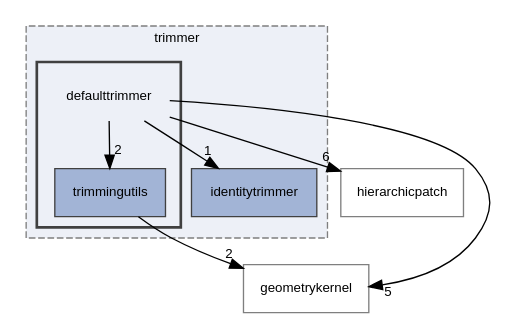
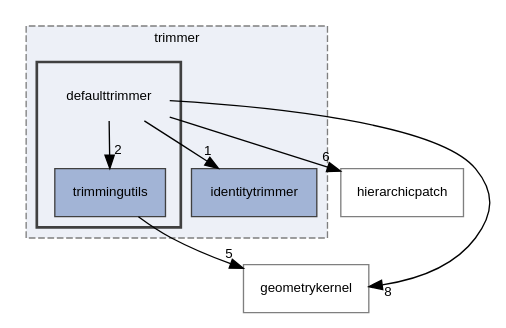
The diagram in dir_265321845ed2650d675b22a94b62262d_dep.dot (rath3t/dune-iga-doc), drawn with Graphviz before and after one commit. The commit also changed 1739 other files, not shown here.

```diff
--- a/dir_265321845ed2650d675b22a94b62262d_dep.dot
+++ b/dir_265321845ed2650d675b22a94b62262d_dep.dot
@@ -1,23 +1,23 @@
 digraph "defaulttrimmer"
 {
  // LATEX_PDF_SIZE
   edge [fontname="Helvetica",fontsize="10",labelfontname="Helvetica",labelfontsize="10"];
   node [fontname="Helvetica",fontsize="10",shape=record];
   compound=true
   subgraph clusterdir_7d0c370ab440c4b4f78419bfc8c93eb8 {
     graph [ bgcolor="#edf0f7", pencolor="grey50", style="filled,dashed,", label="trimmer", fontname="Helvetica", fontsize="10", URL="dir_7d0c370ab440c4b4f78419bfc8c93eb8.html"]
   dir_aa3557bd66a6784b3b9e663253e8d0ba [shape=box, label="identitytrimmer", style="filled,", fillcolor="#a2b4d6", color="grey25", URL="dir_aa3557bd66a6784b3b9e663253e8d0ba.html"];
   subgraph clusterdir_265321845ed2650d675b22a94b62262d {
     graph [ bgcolor="#edf0f7", pencolor="grey25", style="filled,bold,", label="", fontname="Helvetica", fontsize="10", URL="dir_265321845ed2650d675b22a94b62262d.html"]
     dir_265321845ed2650d675b22a94b62262d [shape=plaintext, label="defaulttrimmer"];
   dir_75403dd546d989c4e56d84af3932dae7 [shape=box, label="trimmingutils", style="filled,", fillcolor="#a2b4d6", color="grey25", URL="dir_75403dd546d989c4e56d84af3932dae7.html"];
   }
   }
   dir_12fc9e68aad46ae2d80ba50ef1c96d76 [shape=box, label="hierarchicpatch", style="", fillcolor="#edf0f7", color="grey50", URL="dir_12fc9e68aad46ae2d80ba50ef1c96d76.html"];
   dir_98571e7345f7327fea7723ec1a12d870 [shape=box, label="geometrykernel", style="", fillcolor="#edf0f7", color="grey50", URL="dir_98571e7345f7327fea7723ec1a12d870.html"];
   dir_265321845ed2650d675b22a94b62262d->dir_12fc9e68aad46ae2d80ba50ef1c96d76 [headlabel="6", labeldistance=1.5 headhref="dir_000001_000007.html"];
   dir_265321845ed2650d675b22a94b62262d->dir_75403dd546d989c4e56d84af3932dae7 [headlabel="2", labeldistance=1.5 headhref="dir_000001_000021.html"];
-  dir_265321845ed2650d675b22a94b62262d->dir_98571e7345f7327fea7723ec1a12d870 [headlabel="5", labeldistance=1.5 headhref="dir_000001_000006.html"];
+  dir_265321845ed2650d675b22a94b62262d->dir_98571e7345f7327fea7723ec1a12d870 [headlabel="8", labeldistance=1.5 headhref="dir_000001_000006.html"];
   dir_265321845ed2650d675b22a94b62262d->dir_aa3557bd66a6784b3b9e663253e8d0ba [headlabel="1", labeldistance=1.5 headhref="dir_000001_000009.html"];
-  dir_75403dd546d989c4e56d84af3932dae7->dir_98571e7345f7327fea7723ec1a12d870 [headlabel="2", labeldistance=1.5 headhref="dir_000021_000006.html"];
+  dir_75403dd546d989c4e56d84af3932dae7->dir_98571e7345f7327fea7723ec1a12d870 [headlabel="5", labeldistance=1.5 headhref="dir_000021_000006.html"];
 }
```
